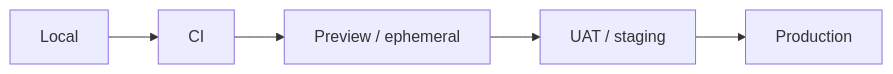
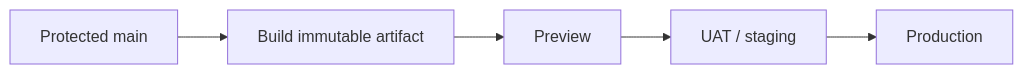
One commit to kumarchandansingh/tropos changed the second of 4 diagrams in docs/delivery/ENVIRONMENT_STRATEGY.md. Above: the diagram before and after it, drawn with Mermaid. The commit also changed other lines of this file and 13 other files, not shown here.

````diff
--- a/docs/delivery/ENVIRONMENT_STRATEGY.md
+++ b/docs/delivery/ENVIRONMENT_STRATEGY.md
@@ -23,8 +21,8 @@
 ```mermaid
 flowchart LR
-    Local[Local]
-    --> CI[CI]
-    --> Preview[Preview / ephemeral]
+    Main[Protected main]
+    --> Build[Build immutable artifact]
+    --> Preview[Preview]
     --> UAT[UAT / staging]
     --> Prod[Production]
 ```
````
